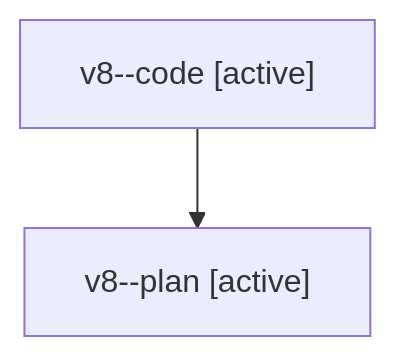
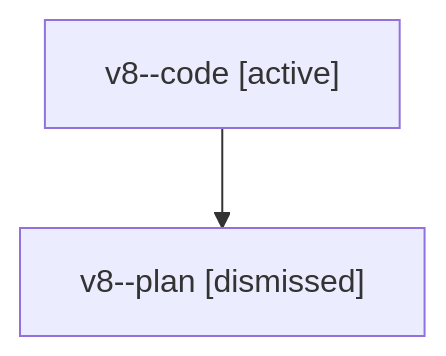
One commit to sase-org/sase--agents changed the diagram in sessions/bbugyi200.athena.v8.md. Above: the diagram before and after it, drawn with Mermaid. The commit also changed other lines of this file and 18 other files, not shown here.

````diff
--- a/sessions/bbugyi200.athena.v8.md
+++ b/sessions/bbugyi200.athena.v8.md
@@ -9,6 +9,6 @@
 ```mermaid
 flowchart TD
   n0["v8--code [active]"]
-  n1["v8--plan [active]"]
+  n1["v8--plan [dismissed]"]
   n0 --> n1
 ```
````
